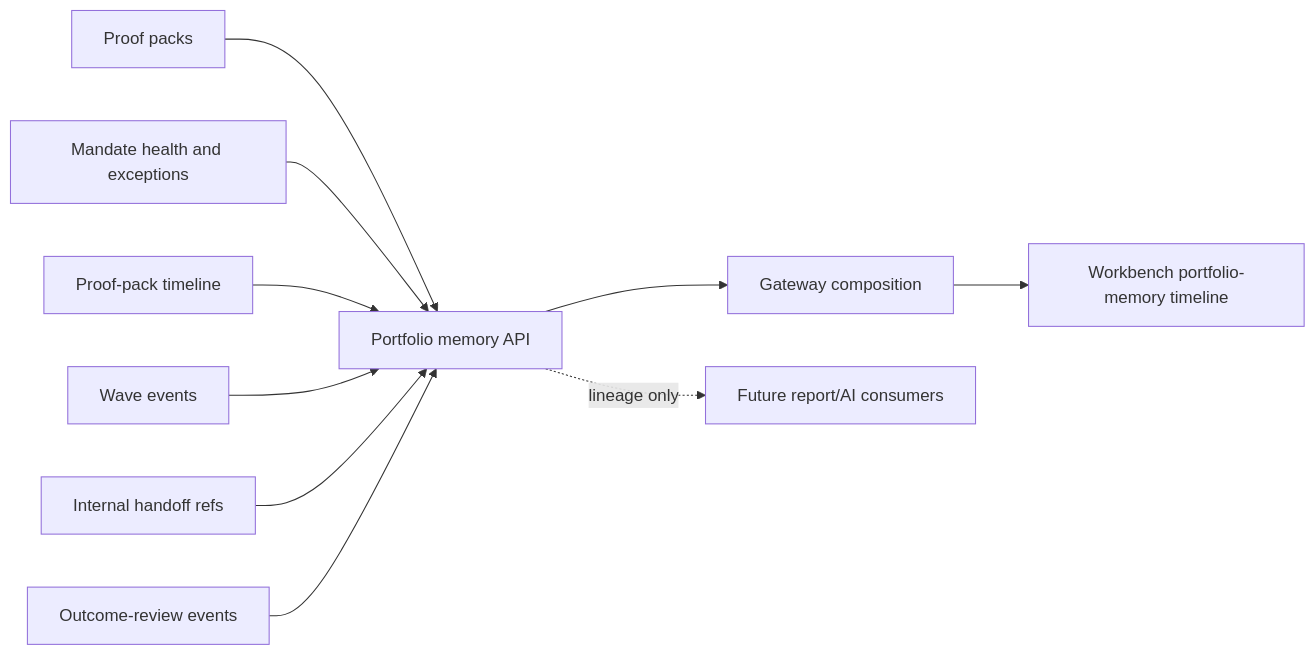
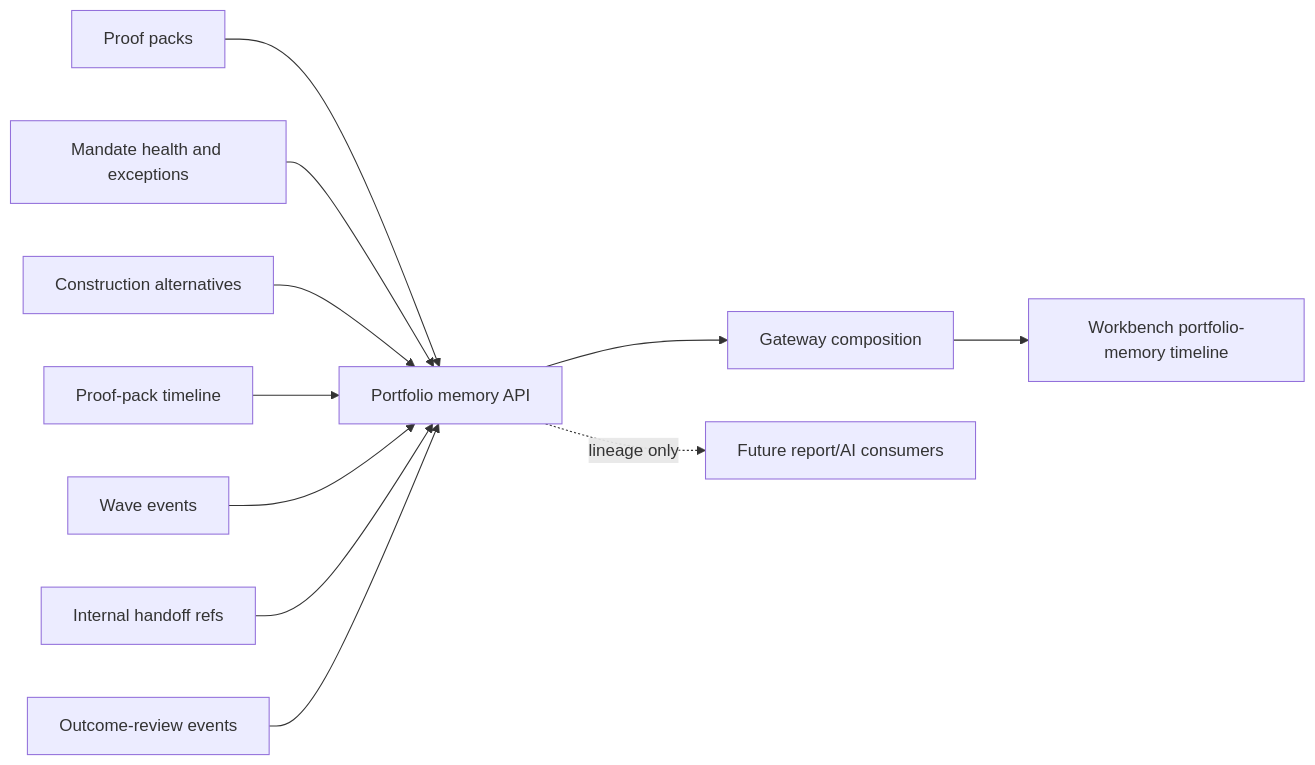
Before and after one commit to sgajbi/lotus-manage: the eighth of 8 diagrams in wiki/Endpoint-Certification.md, drawn with Mermaid. The commit also changed other lines of this file and 12 other files, not shown here.

Commit message:
Add construction alternative portfolio memory events

````diff
--- a/wiki/Endpoint-Certification.md
+++ b/wiki/Endpoint-Certification.md
@@ -1956,12 +1961,13 @@
 ```mermaid
 flowchart LR
     Proof[Proof packs] --> Memory[Portfolio memory API]
     Mandates[Mandate health and exceptions] --> Memory
+    Construction[Construction alternatives] --> Memory
     Timeline[Proof-pack timeline] --> Memory
     Waves[Wave events] --> Memory
     Handoff[Internal handoff refs] --> Memory
     Outcomes[Outcome-review events] --> Memory
     Memory --> Gateway[Gateway composition]
     Gateway --> Workbench[Workbench portfolio-memory timeline]
     Memory -. lineage only .-> ReportAI[Future report/AI consumers]
 ```
````
